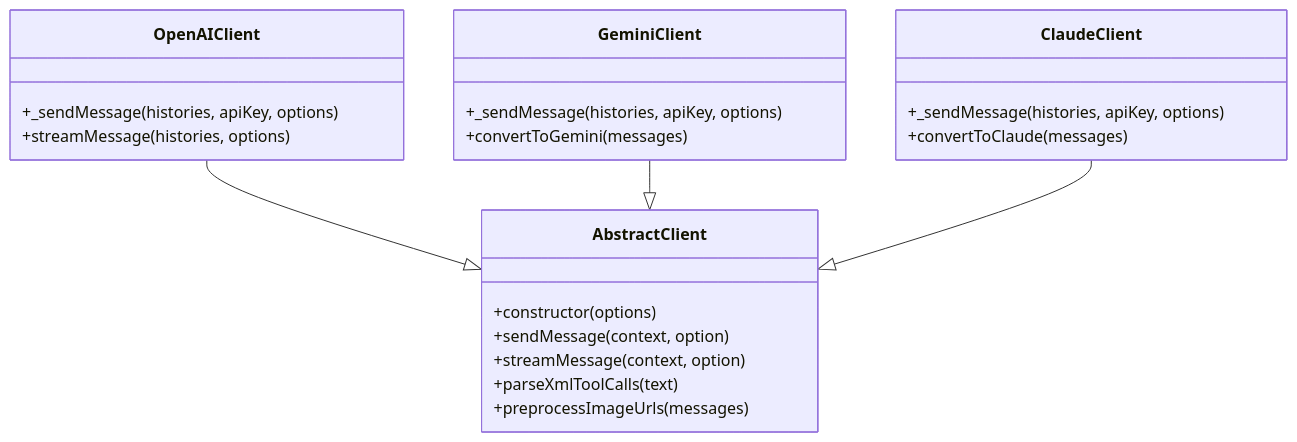
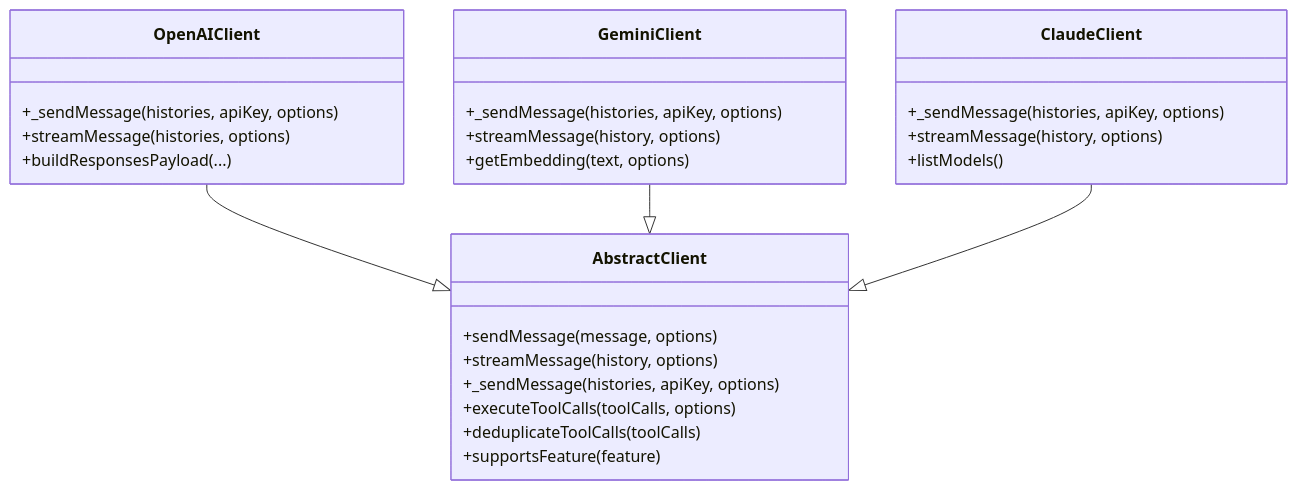
One commit to XxxXTeam/ChatAI-Plugin-Does changed the fourth of 4 diagrams in architecture/adapters.md. Above: the diagram before and after it, drawn with Mermaid. The commit also changed other lines of this file and 43 other files, not shown here.

````diff
--- a/architecture/adapters.md
+++ b/architecture/adapters.md
@@ -253,29 +226,33 @@
 ```mermaid
 classDiagram
     class AbstractClient {
-        +constructor(options)
-        +sendMessage(context, option)
-        +streamMessage(context, option)
-        +parseXmlToolCalls(text)
-        +preprocessImageUrls(messages)
+        +sendMessage(message, options)
+        +streamMessage(history, options)
+        +_sendMessage(histories, apiKey, options)
+        +executeToolCalls(toolCalls, options)
+        +deduplicateToolCalls(toolCalls)
+        +supportsFeature(feature)
     }
     
     class OpenAIClient {
         +_sendMessage(histories, apiKey, options)
         +streamMessage(histories, options)
+        +buildResponsesPayload(...)
     }
     
     class GeminiClient {
         +_sendMessage(histories, apiKey, options)
-        +convertToGemini(messages)
+        +streamMessage(history, options)
+        +getEmbedding(text, options)
     }
     
     class ClaudeClient {
         +_sendMessage(histories, apiKey, options)
-        +convertToClaude(messages)
+        +streamMessage(history, options)
+        +listModels()
     }
     
     OpenAIClient --|> AbstractClient
     GeminiClient --|> AbstractClient
     ClaudeClient --|> AbstractClient
 ```
````
